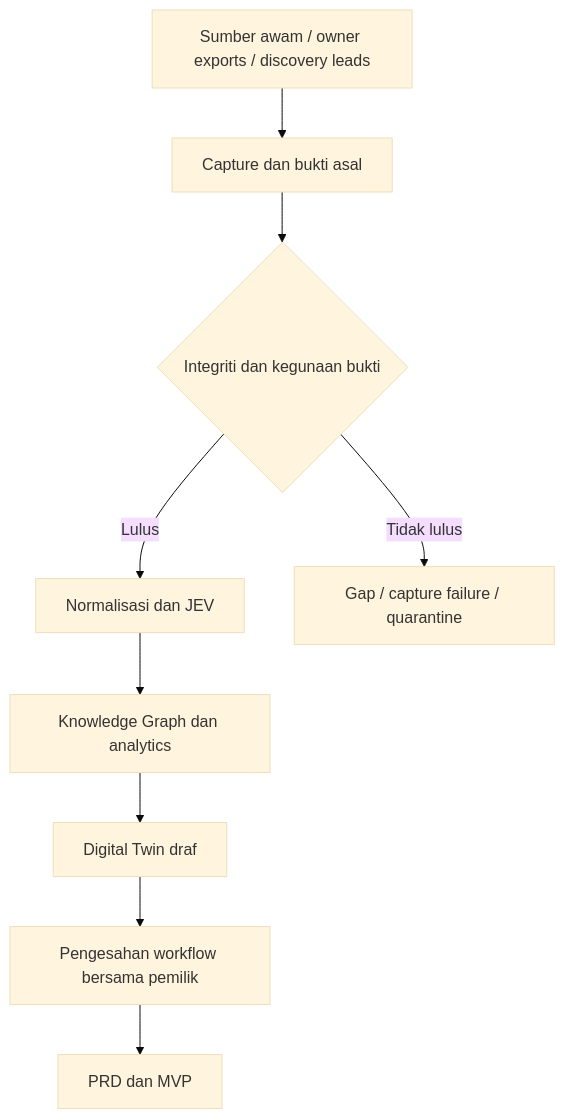
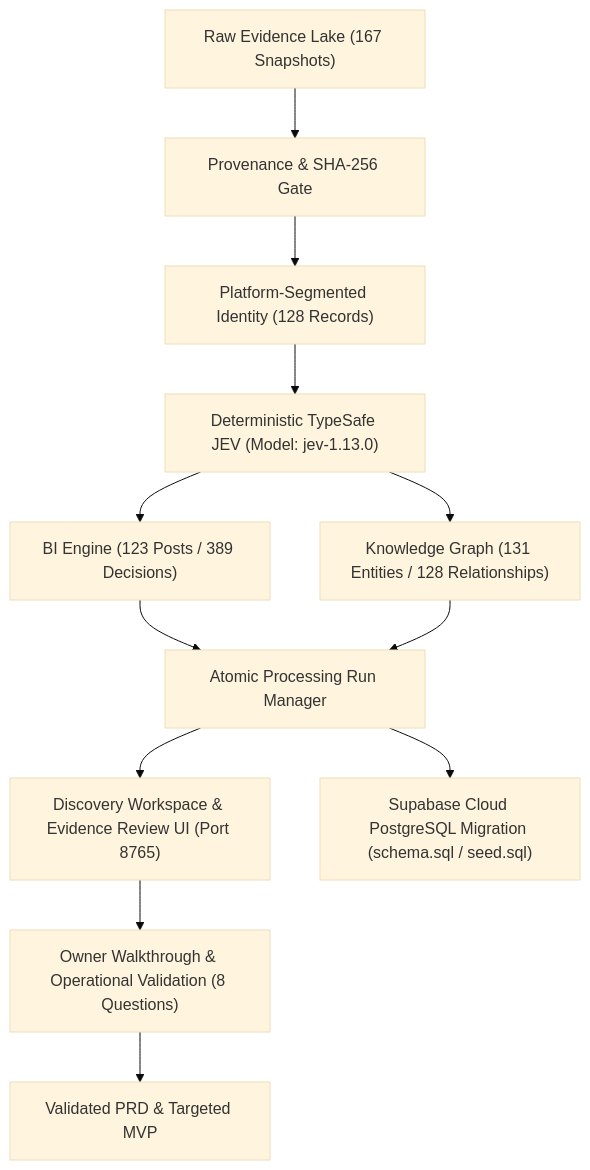
One commit to thisisabangcolek-web/Abang-Colek changed the diagram in README.md. Above: the diagram before and after it, drawn with Mermaid (base theme). The commit also changed other lines of this file and 11 other files, not shown here.

````diff
--- a/README.md
+++ b/README.md
@@ -22,11 +64,13 @@
 ```mermaid
 flowchart TD
-    A["Sumber awam / owner exports / discovery leads"] --> B["Capture dan bukti asal"]
-    B --> C{"Integriti dan kegunaan bukti"}
-    C -->|Lulus| D["Normalisasi dan JEV"]
-    C -->|Tidak lulus| E["Gap / capture failure / quarantine"]
-    D --> F["Knowledge Graph dan analytics"]
-    F --> G["Digital Twin draf"]
-    G --> H["Pengesahan workflow bersama pemilik"]
-    H --> I["PRD dan MVP"]
+    A["Raw Evidence Lake (167 Snapshots)"] --> B["Provenance & SHA-256 Gate"]
+    B --> C["Platform-Segmented Identity (128 Records)"]
+    C --> D["Deterministic TypeSafe JEV (Model: jev-1.13.0)"]
+    D --> E["BI Engine (123 Posts / 389 Decisions)"]
+    D --> F["Knowledge Graph (131 Entities / 128 Relationships)"]
+    E & F --> G["Atomic Processing Run Manager"]
+    G --> H["Discovery Workspace & Evidence Review UI (Port 8765)"]
+    G --> I["Supabase Cloud PostgreSQL Migration (schema.sql / seed.sql)"]
+    H --> J["Owner Walkthrough & Operational Validation (8 Questions)"]
+    J --> K["Validated PRD & Targeted MVP"]
 ```
````
